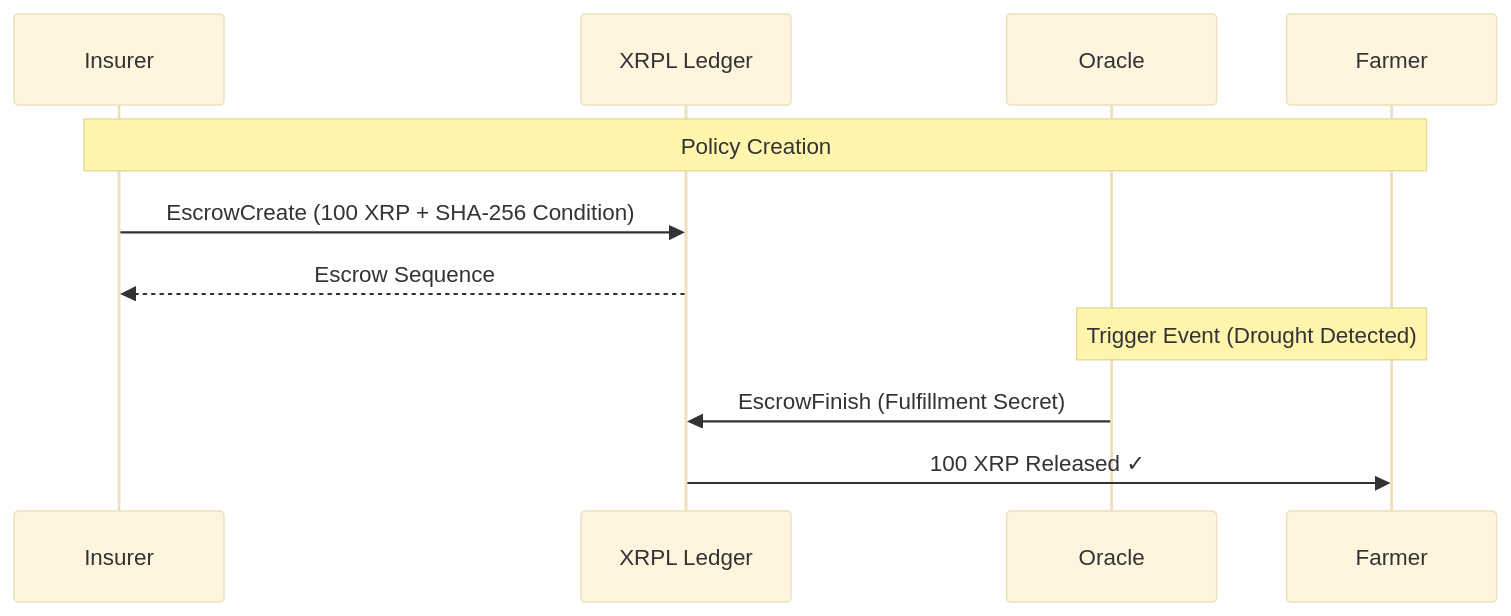
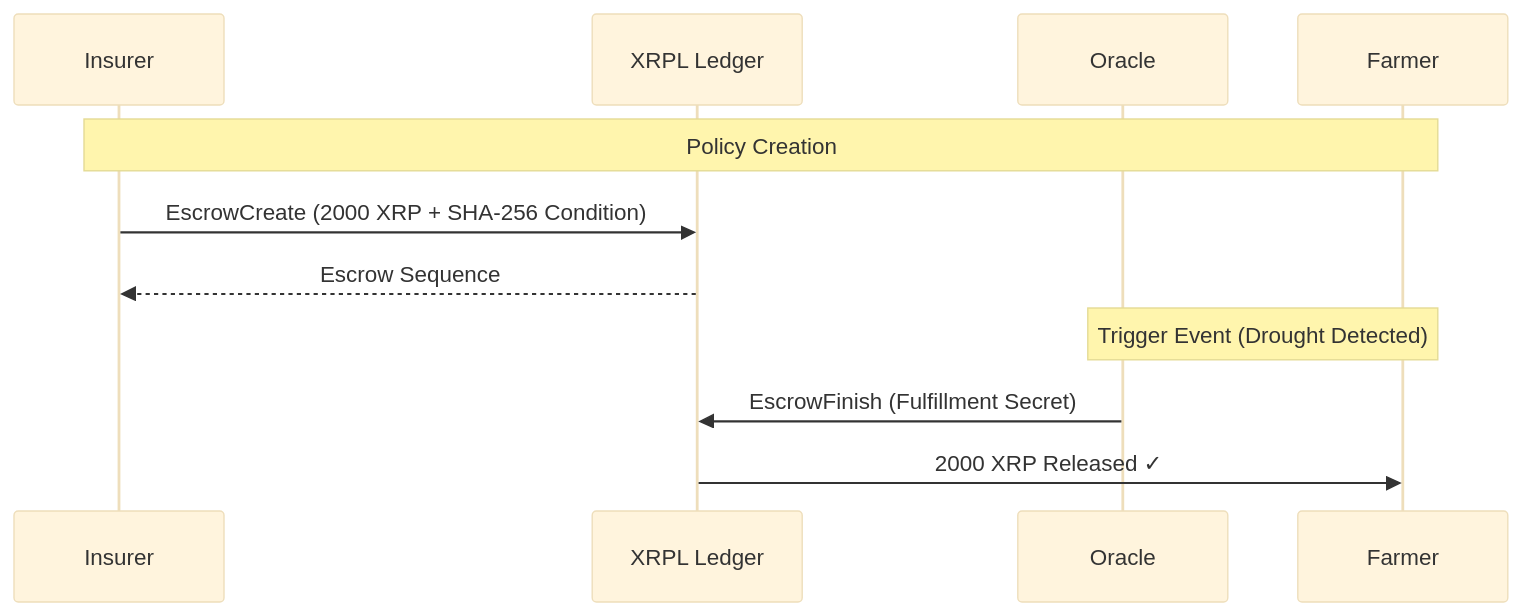
One commit to ianp-1/Canopy changed the third of 6 diagrams in README.md. Above: the diagram before and after it, drawn with Mermaid (base theme). The commit also changed other lines of this file and 19 other files, not shown here.

Commit message:
integrate xrp policy payments, nft, escrow etc

````diff
--- a/README.md
+++ b/README.md
@@ -46,15 +133,15 @@
 ```mermaid
 sequenceDiagram
     participant Insurer
     participant XRPL as XRPL Ledger
     participant Oracle
     participant Farmer
 
     Note over Insurer,Farmer: Policy Creation
-    Insurer->>XRPL: EscrowCreate (100 XRP + SHA-256 Condition)
+    Insurer->>XRPL: EscrowCreate (2000 XRP + SHA-256 Condition)
     XRPL-->>Insurer: Escrow Sequence #14630109
     
     Note over Oracle,Farmer: Trigger Event (Drought Detected)
     Oracle->>XRPL: EscrowFinish (Fulfillment Secret)
-    XRPL->>Farmer: 100 XRP Released ✓
+    XRPL->>Farmer: 2000 XRP Released ✓
 ```
````
